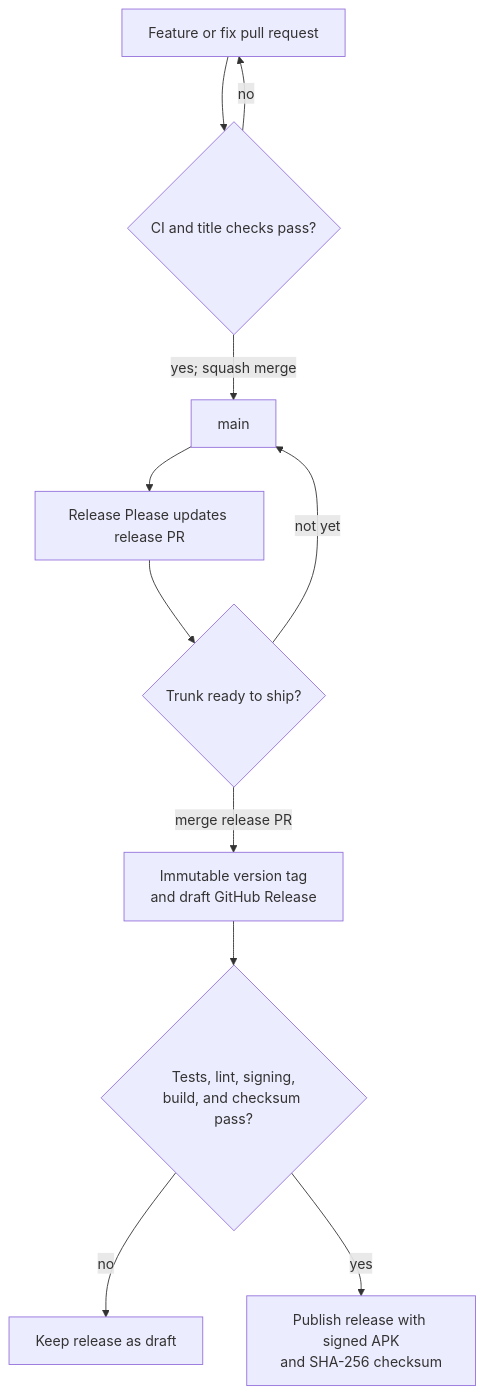
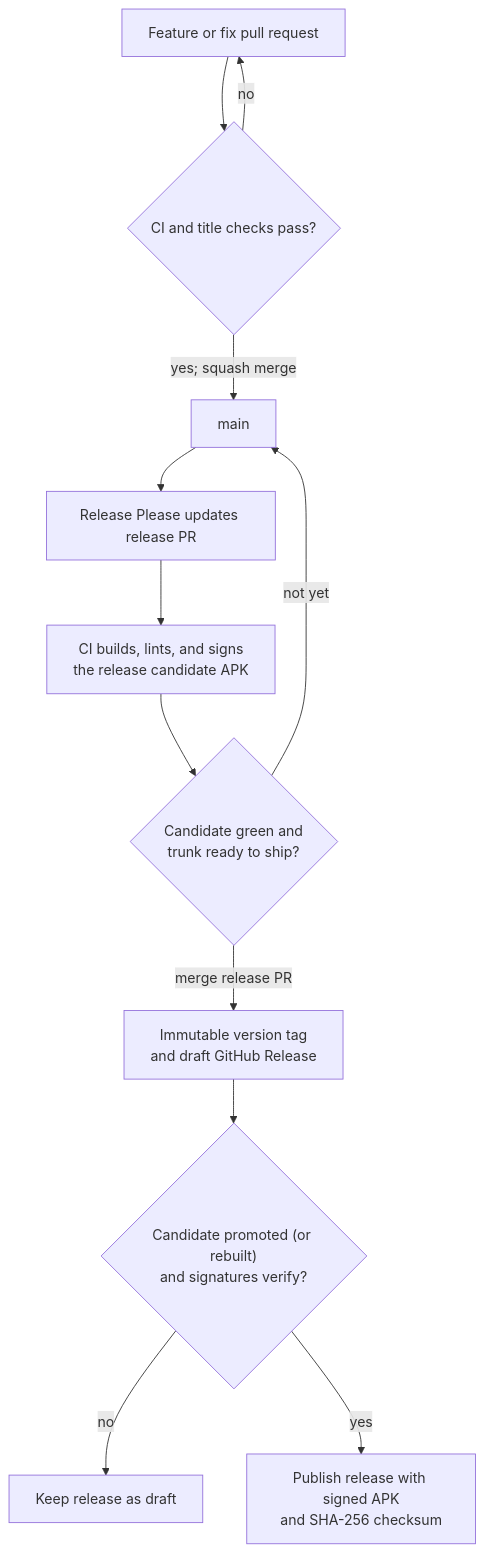
One commit to Shraggen/Diarium changed the diagram in docs/releasing.md. Above: the diagram before and after it, drawn with Mermaid. The commit also changed other lines of this file and 5 other files, not shown here.

First line of the commit message:
ci: verify release builds before tagging and check signing secrets weekly (#32)

````diff
--- a/docs/releasing.md
+++ b/docs/releasing.md
@@ -9,13 +9,14 @@
 ```mermaid
 flowchart TD
     Change["Feature or fix pull request"] --> PRGate{"CI and title checks pass?"}
     PRGate -->|"no"| Change
     PRGate -->|"yes; squash merge"| Main["main"]
     Main --> RP["Release Please updates release PR"]
-    RP --> Ready{"Trunk ready to ship?"}
+    RP --> Candidate["CI builds, lints, and signs<br/>the release candidate APK"]
+    Candidate --> Ready{"Candidate green and<br/>trunk ready to ship?"}
     Ready -->|"not yet"| Main
     Ready -->|"merge release PR"| Draft["Immutable version tag<br/>and draft GitHub Release"]
-    Draft --> ReleaseGate{"Tests, lint, signing,<br/>build, and checksum pass?"}
+    Draft --> ReleaseGate{"Candidate promoted (or rebuilt)<br/>and signatures verify?"}
     ReleaseGate -->|"no"| KeepDraft["Keep release as draft"]
     ReleaseGate -->|"yes"| Publish["Publish release with signed APK<br/>and SHA-256 checksum"]
 ```
````
